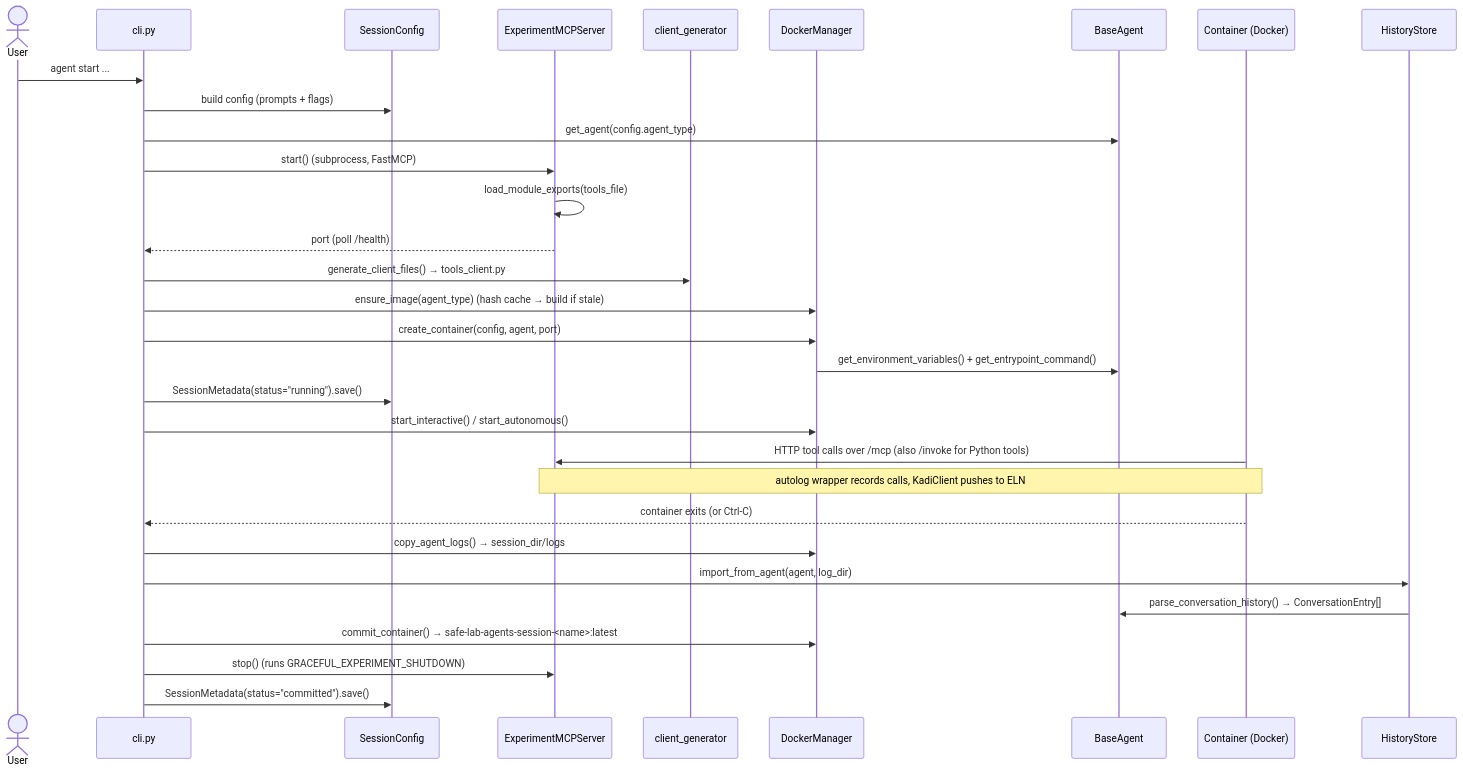
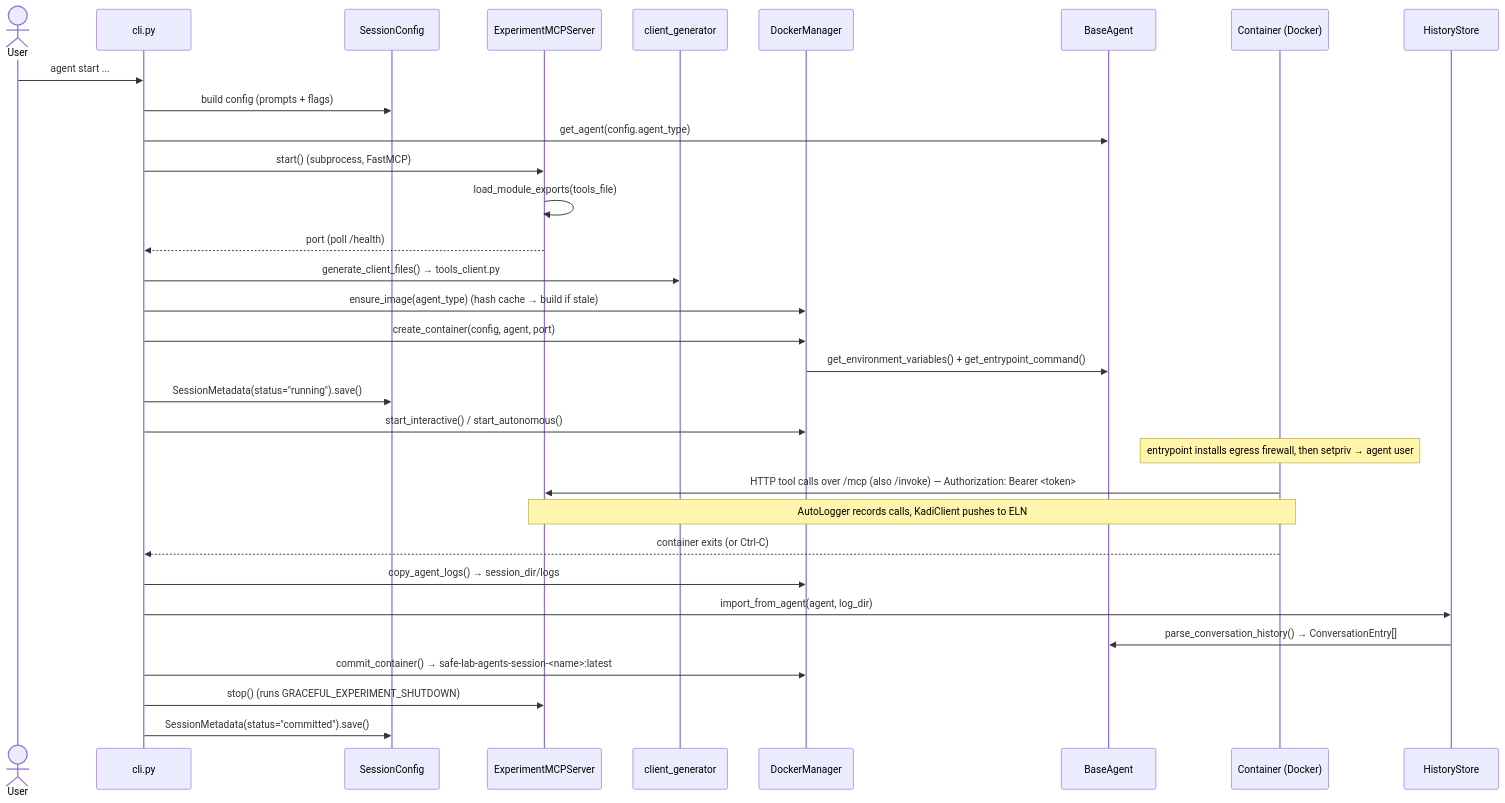
One commit to MaxNaeg/safe_lab_agents changed the second of 2 diagrams in docs/ARCHITECTURE.md. Above: the diagram before and after it, drawn with Mermaid. The commit also changed other lines of this file and 1 other file, not shown here.

Commit message:
update README and ARCHITECTURE to reflect recent changes

````diff
--- a/docs/ARCHITECTURE.md
+++ b/docs/ARCHITECTURE.md
@@ -192,34 +224,35 @@
 ```mermaid
 sequenceDiagram
     actor User
     participant CLI as cli.py
     participant Cfg as SessionConfig
     participant MCP as ExperimentMCPServer
     participant Gen as client_generator
     participant DM as DockerManager
     participant Agent as BaseAgent
     participant Ctr as Container (Docker)
     participant Hist as HistoryStore
 
     User->>CLI: agent start ...
     CLI->>Cfg: build config (prompts + flags)
     CLI->>Agent: get_agent(config.agent_type)
     CLI->>MCP: start()  (subprocess, FastMCP)
     MCP->>MCP: load_module_exports(tools_file)
     MCP-->>CLI: port (poll /health)
     CLI->>Gen: generate_client_files() → tools_client.py
     CLI->>DM: ensure_image(agent_type)  (hash cache → build if stale)
     CLI->>DM: create_container(config, agent, port)
     DM->>Agent: get_environment_variables() + get_entrypoint_command()
     CLI->>Cfg: SessionMetadata(status="running").save()
     CLI->>DM: start_interactive() / start_autonomous()
-    Ctr->>MCP: HTTP tool calls over /mcp (also /invoke for Python tools)
-    Note over Ctr,MCP: autolog wrapper records calls, KadiClient pushes to ELN
+    Note over Ctr: entrypoint installs egress firewall, then setpriv → agent user
+    Ctr->>MCP: HTTP tool calls over /mcp (also /invoke) — Authorization: Bearer <token>
+    Note over Ctr,MCP: AutoLogger records calls, KadiClient pushes to ELN
     Ctr-->>CLI: container exits (or Ctrl-C)
     CLI->>DM: copy_agent_logs() → session_dir/logs
     CLI->>Hist: import_from_agent(agent, log_dir)
     Hist->>Agent: parse_conversation_history() → ConversationEntry[]
     CLI->>DM: commit_container() → safe-lab-agents-session-<name>:latest
     CLI->>MCP: stop()  (runs GRACEFUL_EXPERIMENT_SHUTDOWN)
     CLI->>Cfg: SessionMetadata(status="committed").save()
 ```
````
